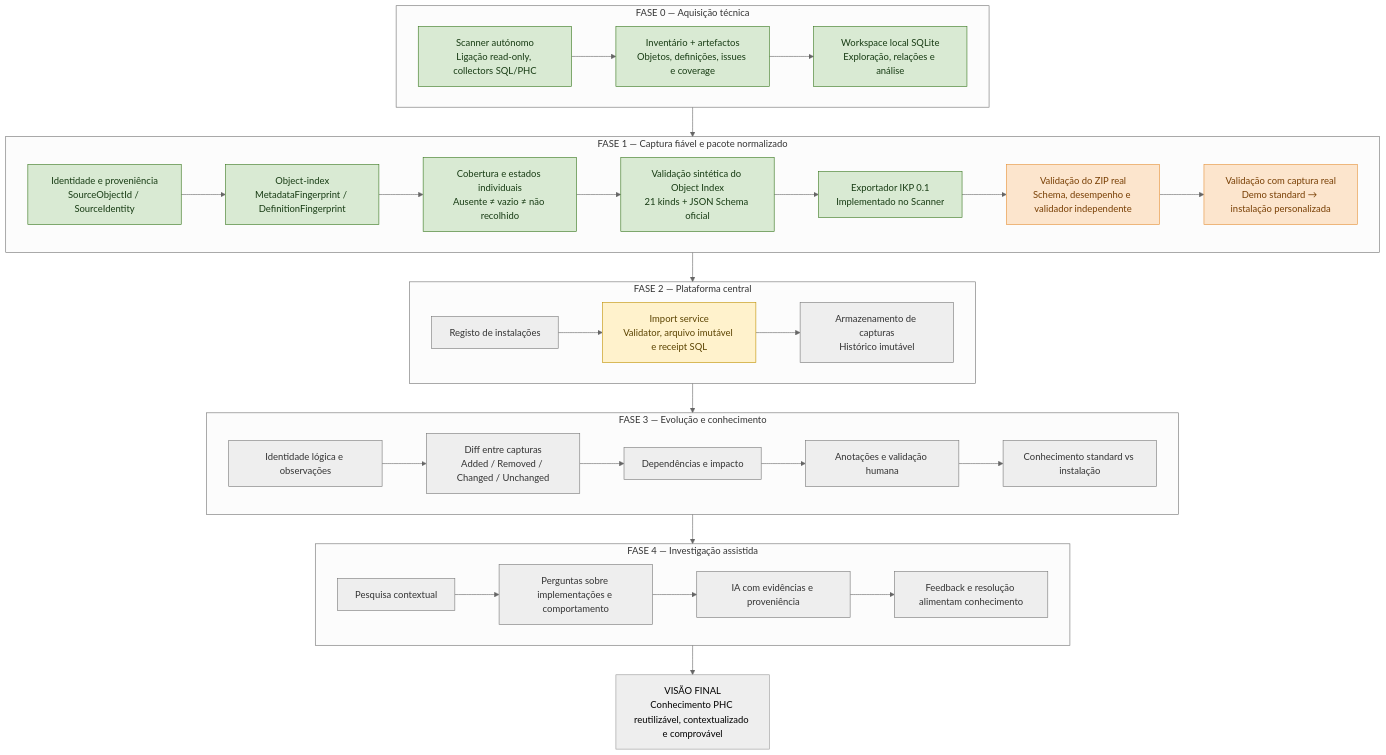
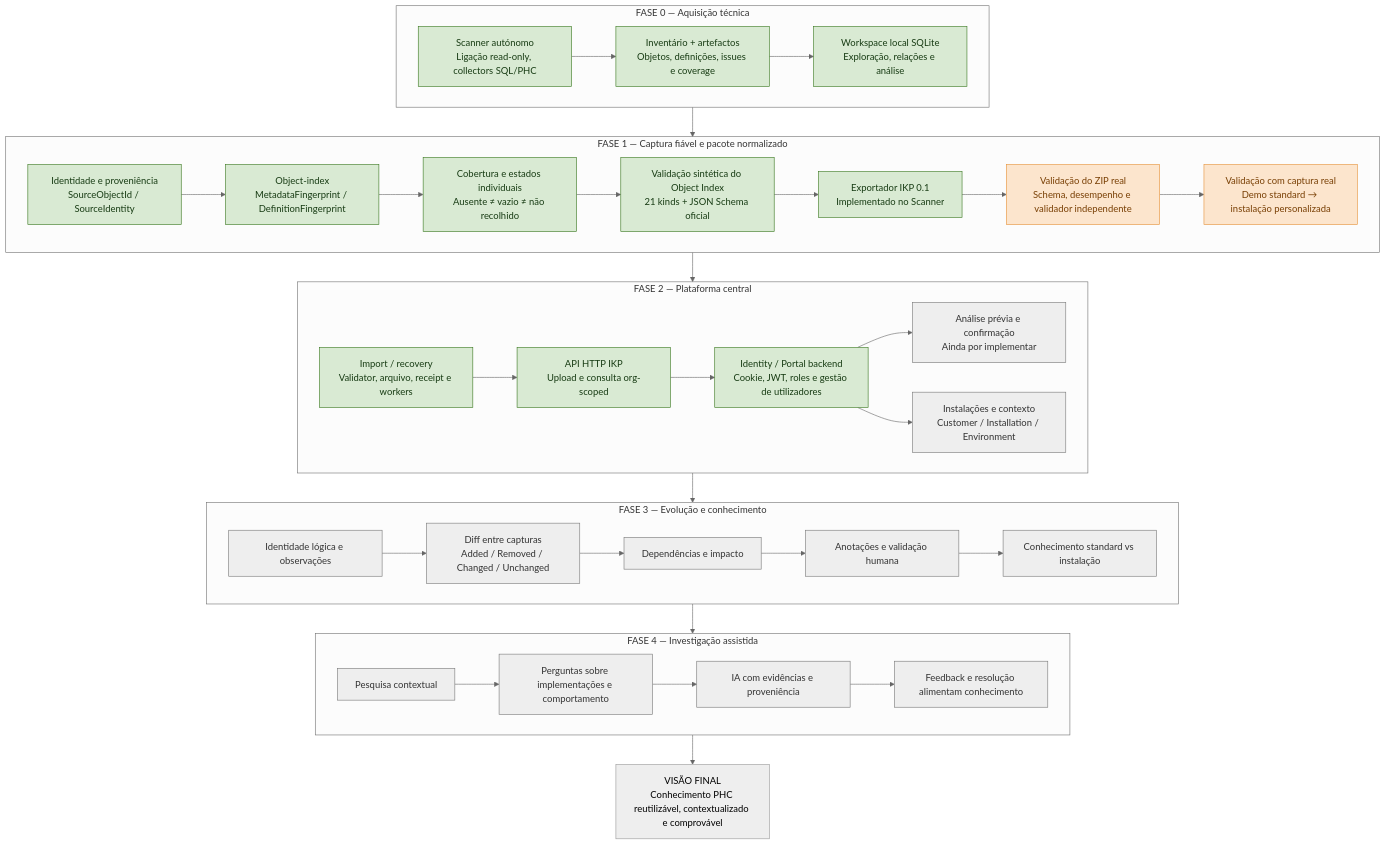
The diagram in docs/architecture/roadmap-visual-phc-knowledge-2026-11-06.md (Jhouinho/PhcKnowledge), drawn with Mermaid (neutral theme) before and after one commit. The commit also changed other lines of this file, not shown here.

Commit message:
docs(roadmap): update platform status after identity portal merge

````diff
--- a/docs/architecture/roadmap-visual-phc-knowledge-2026-11-06.md
+++ b/docs/architecture/roadmap-visual-phc-knowledge-2026-11-06.md
@@ -29,64 +29,69 @@
 ```mermaid
 flowchart TB
     V["VISÃO FINAL<br/>Conhecimento PHC reutilizável, contextualizado e comprovável"]
 
     subgraph P0["FASE 0 — Aquisição técnica"]
       A1["Scanner autónomo<br/>Ligação read-only, collectors SQL/PHC"]
       A2["Inventário + artefactos<br/>Objetos, definições, issues e coverage"]
       A3["Workspace local SQLite<br/>Exploração, relações e análise"]
       A1 --> A2 --> A3
     end
 
     subgraph P1["FASE 1 — Captura fiável e pacote normalizado"]
       B1["Identidade e proveniência<br/>SourceObjectId / SourceIdentity"]
       B2["Object-index<br/>MetadataFingerprint / DefinitionFingerprint"]
       B3["Cobertura e estados individuais<br/>Ausente ≠ vazio ≠ não recolhido"]
       B4["Validação sintética do Object Index<br/>21 kinds + JSON Schema oficial"]
       B5["Exportador IKP 0.1<br/>Implementado no Scanner"]
       B6["Validação do ZIP real<br/>Schema, desempenho e validador independente"]
       B7["Validação com captura real<br/>Demo standard → instalação personalizada"]
       B1 --> B2
       B2 --> B3
       B3 --> B4 --> B5 --> B6 --> B7
     end
 
     subgraph P2["FASE 2 — Plataforma central"]
-      C1["Registo de instalações"]
-      C2["Import service<br/>Validator, arquivo imutável e receipt SQL"]
-      C3["Armazenamento de capturas<br/>Histórico imutável"]
+      C1["Import / recovery<br/>Validator, arquivo, receipt e workers"]
+      C2["API HTTP IKP<br/>Upload e consulta org-scoped"]
+      C3["Identity / Portal backend<br/>Cookie, JWT, roles e gestão de utilizadores"]
+      C4["Análise prévia e confirmação<br/>Ainda por implementar"]
+      C5["Instalações e contexto<br/>Customer / Installation / Environment"]
       C1 --> C2 --> C3
+      C3 --> C4
+      C3 --> C5
     end
 
     subgraph P3["FASE 3 — Evolução e conhecimento"]
       D1["Identidade lógica e observações"]
       D2["Diff entre capturas<br/>Added / Removed / Changed / Unchanged"]
       D3["Dependências e impacto"]
       D4["Anotações e validação humana"]
       D5["Conhecimento standard vs instalação"]
       D1 --> D2 --> D3
       D3 --> D4 --> D5
     end
 
     subgraph P4["FASE 4 — Investigação assistida"]
       E1["Pesquisa contextual"]
       E2["Perguntas sobre implementações e comportamento"]
       E3["IA com evidências e proveniência"]
       E4["Feedback e resolução alimentam conhecimento"]
       E1 --> E2 --> E3 --> E4
     end
 
     V
     P0 --> P1 --> P2 --> P3 --> P4 --> V
 
     classDef done fill:#d9ead3,stroke:#38761d,color:#173b13
     classDef progress fill:#fff2cc,stroke:#bf9000,color:#5b4300
     classDef pending fill:#eeeeee,stroke:#777,color:#333
     classDef validation fill:#fce5cd,stroke:#e69138,color:#783f04
 
     class A1,A2,A3 done
     class B1,B2,B3,B4 done
     class B5 done
     class B6,B7 validation
-    class C1,C3,D1,D2,D3,D4,D5,E1,E2,E3,E4 pending
-    class C2 progress
+    class C1,C2,C3 done
+    class C4,C5,D1,D2,D3,D4,E1,E2,E3,E4 pending
+    class D5 pending
 ```
````
